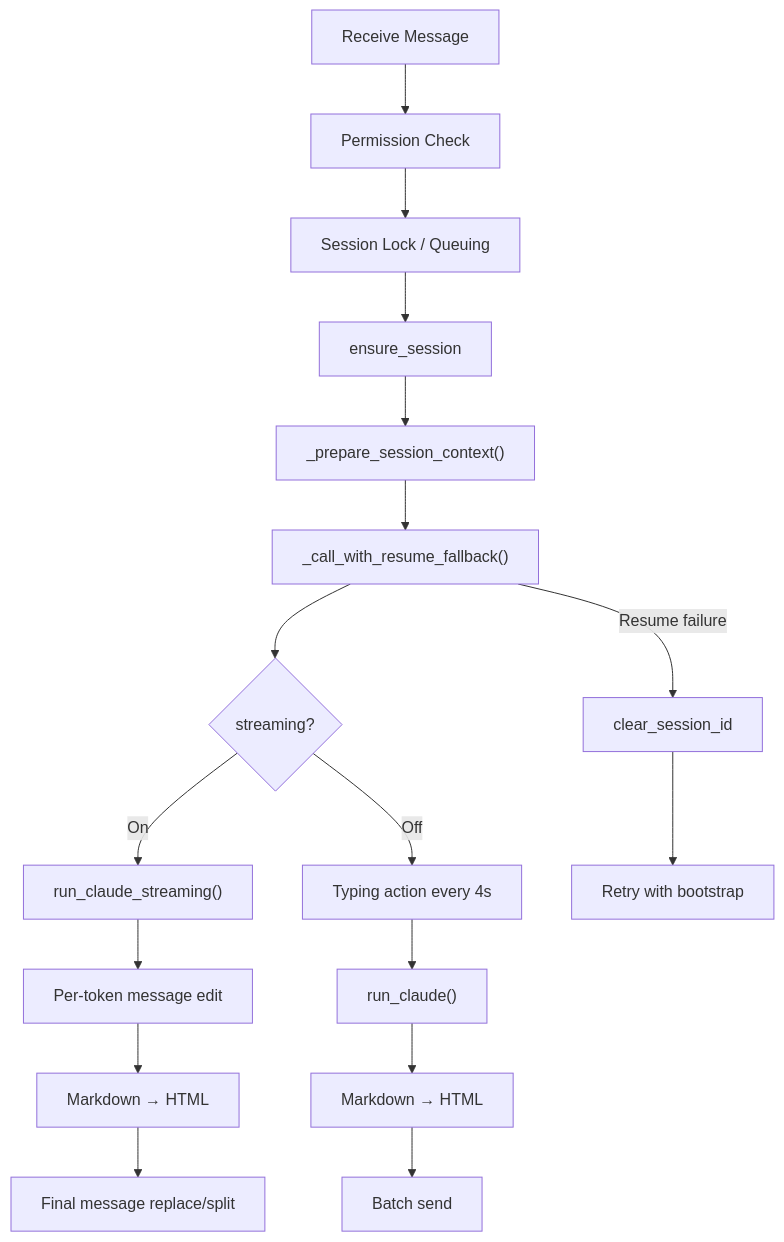
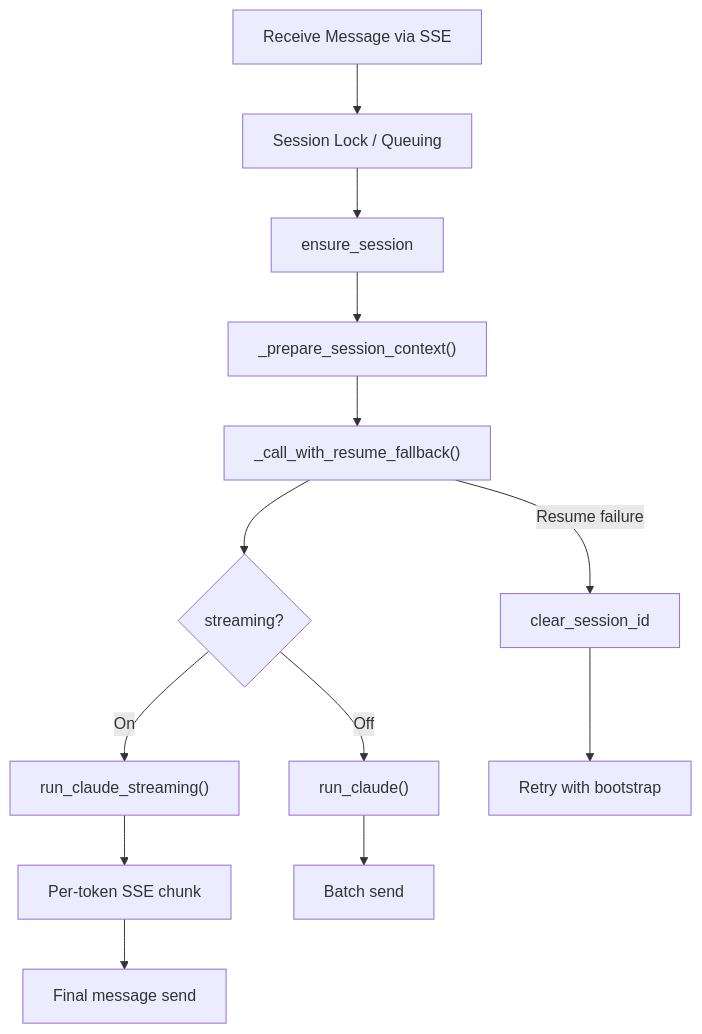
The fifth of 9 diagrams in docs/ARCHITECTURE.md (heg-wtf/abyss), drawn with Mermaid before and after one commit. The commit also changed other lines of this file and 4 other files, not shown here.

````diff
--- a/docs/ARCHITECTURE.md
+++ b/docs/ARCHITECTURE.md
@@ -486,22 +457,18 @@
 ```mermaid
 graph TD
-    RCV[Receive Message] --> PERM[Permission Check]
-    PERM --> LOCK[Session Lock / Queuing]
+    RCV[Receive Message via SSE] --> LOCK[Session Lock / Queuing]
     LOCK --> SESS[ensure_session]
     SESS --> CTX["_prepare_session_context()"]
     CTX --> FALLBACK["_call_with_resume_fallback()"]
 
     FALLBACK --> STREAM{streaming?}
     STREAM -->|On| SS["run_claude_streaming()"]
-    SS --> EDIT[Per-token message edit]
-    EDIT --> HTML1[Markdown → HTML]
-    HTML1 --> FINAL[Final message replace/split]
+    SS --> EDIT[Per-token SSE chunk]
+    EDIT --> FINAL[Final message send]
 
-    STREAM -->|Off| TYPE[Typing action every 4s]
-    TYPE --> RC["run_claude()"]
-    RC --> HTML2[Markdown → HTML]
-    HTML2 --> BATCH[Batch send]
+    STREAM -->|Off| RC["run_claude()"]
+    RC --> BATCH[Batch send]
 
     FALLBACK -->|Resume failure| CLEAR[clear_session_id]
     CLEAR --> RETRY[Retry with bootstrap]
 ```
````
